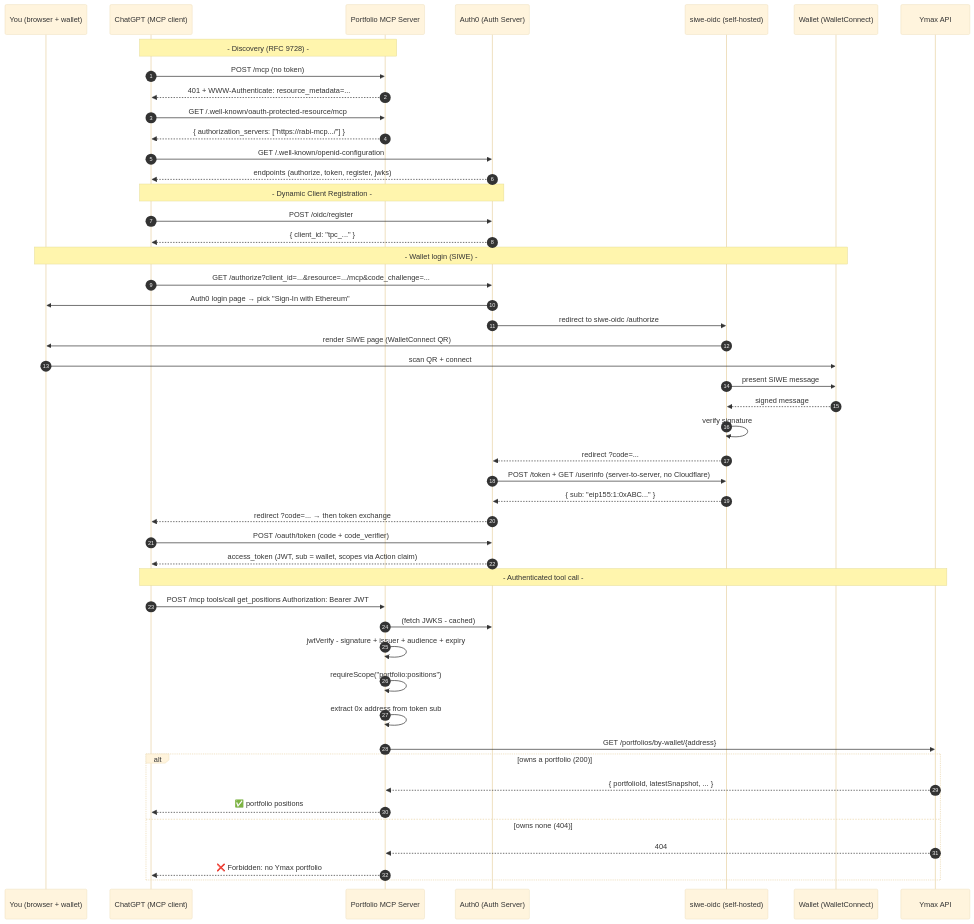
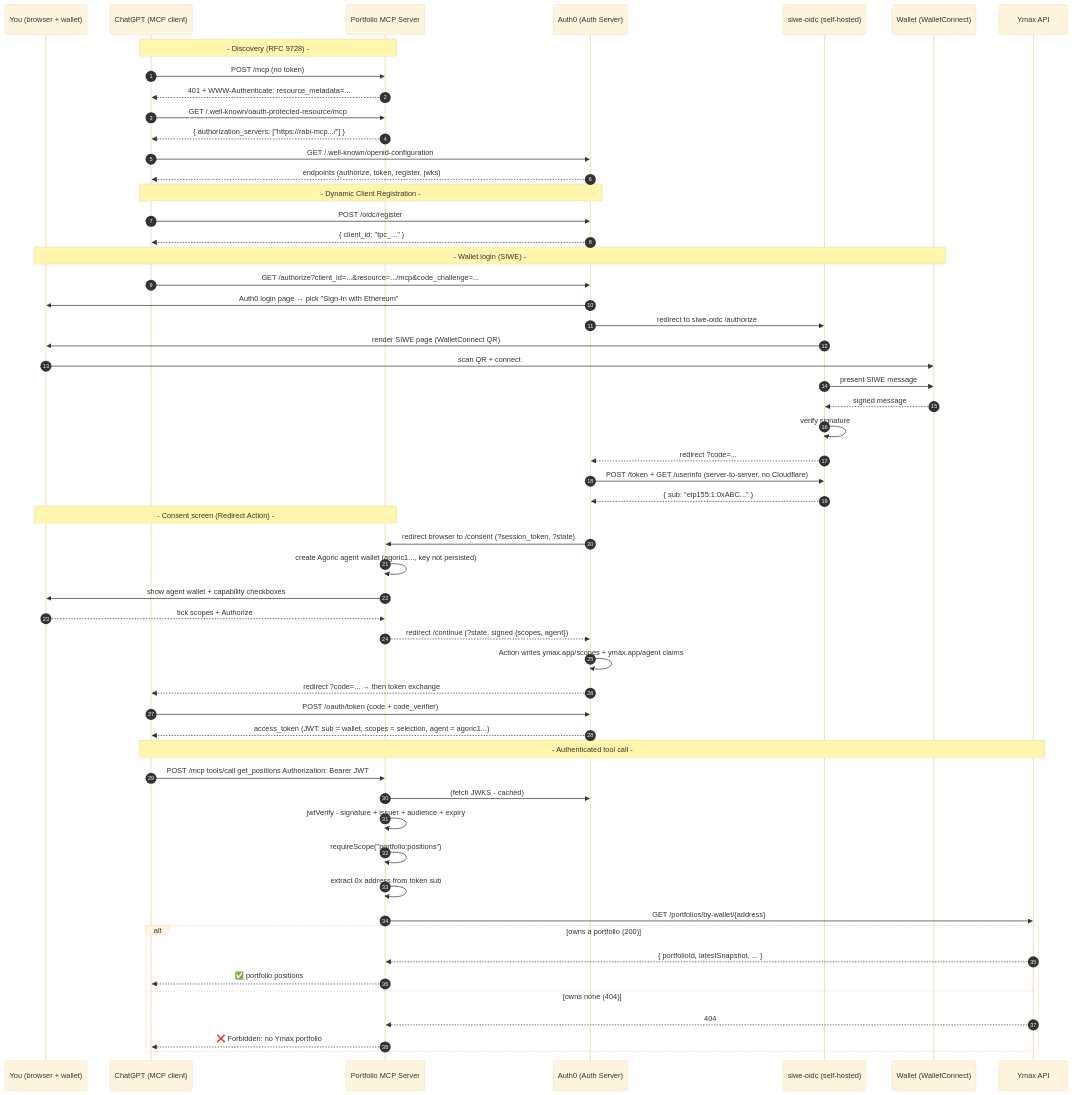
The diagram in README.md (rabi-siddique/auth0-siwe), drawn with Mermaid (base theme) before and after one commit. The commit also changed other lines of this file and 9 other files, not shown here.

Commit message:
add consent screen

````diff
--- a/README.md
+++ b/README.md
@@ -262,54 +313,63 @@
 ```mermaid
 sequenceDiagram
     autonumber
     participant U as You (browser + wallet)
     participant C as ChatGPT (MCP client)
     participant M as Portfolio MCP Server
     participant A as Auth0 (Auth Server)
     participant S as siwe-oidc (self-hosted)
     participant W as Wallet (WalletConnect)
     participant Y as Ymax API
 
     Note over C,M: - Discovery (RFC 9728) -
     C->>M: POST /mcp  (no token)
     M-->>C: 401 + WWW-Authenticate: resource_metadata=...
     C->>M: GET /.well-known/oauth-protected-resource/mcp
     M-->>C: { authorization_servers: ["https://rabi-mcp.../"] }
     C->>A: GET /.well-known/openid-configuration
     A-->>C: endpoints (authorize, token, register, jwks)
 
     Note over C,A: - Dynamic Client Registration -
     C->>A: POST /oidc/register
     A-->>C: { client_id: "tpc_..." }
 
     Note over U,W: - Wallet login (SIWE) -
     C->>A: GET /authorize?client_id=...&resource=.../mcp&code_challenge=...
     A->>U: Auth0 login page → pick "Sign-In with Ethereum"
     A->>S: redirect to siwe-oidc /authorize
     S->>U: render SIWE page (WalletConnect QR)
     U->>W: scan QR + connect
     S->>W: present SIWE message
     W-->>S: signed message
     S->>S: verify signature
     S-->>A: redirect ?code=...
     A->>S: POST /token + GET /userinfo (server-to-server, no Cloudflare)
     S-->>A: { sub: "eip155:1:0xABC..." }
+
+    Note over U,M: - Consent screen (Redirect Action) -
+    A->>M: redirect browser to /consent (?session_token, ?state)
+    M->>M: create Agoric agent wallet (agoric1..., key not persisted)
+    M->>U: show agent wallet + capability checkboxes
+    U-->>M: tick scopes + Authorize
+    M-->>A: redirect /continue (?state, signed {scopes, agent})
+    A->>A: Action writes ymax.app/scopes + ymax.app/agent claims
+
     A-->>C: redirect ?code=... → then token exchange
     C->>A: POST /oauth/token (code + code_verifier)
-    A-->>C: access_token (JWT, sub = wallet, scopes via Action claim)
+    A-->>C: access_token (JWT: sub = wallet, scopes = selection, agent = agoric1...)
 
     Note over C,Y: - Authenticated tool call -
     C->>M: POST /mcp  tools/call get_positions  Authorization: Bearer JWT
     M->>A: (fetch JWKS - cached)
     M->>M: jwtVerify - signature + issuer + audience + expiry
     M->>M: requireScope("portfolio:positions")
     M->>M: extract 0x address from token sub
     M->>Y: GET /portfolios/by-wallet/{address}
     alt owns a portfolio (200)
         Y-->>M: { portfolioId, latestSnapshot, ... }
         M-->>C: ✅ portfolio positions
     else owns none (404)
         Y-->>M: 404
         M-->>C: ❌ Forbidden: no Ymax portfolio
     end
 ```
````
